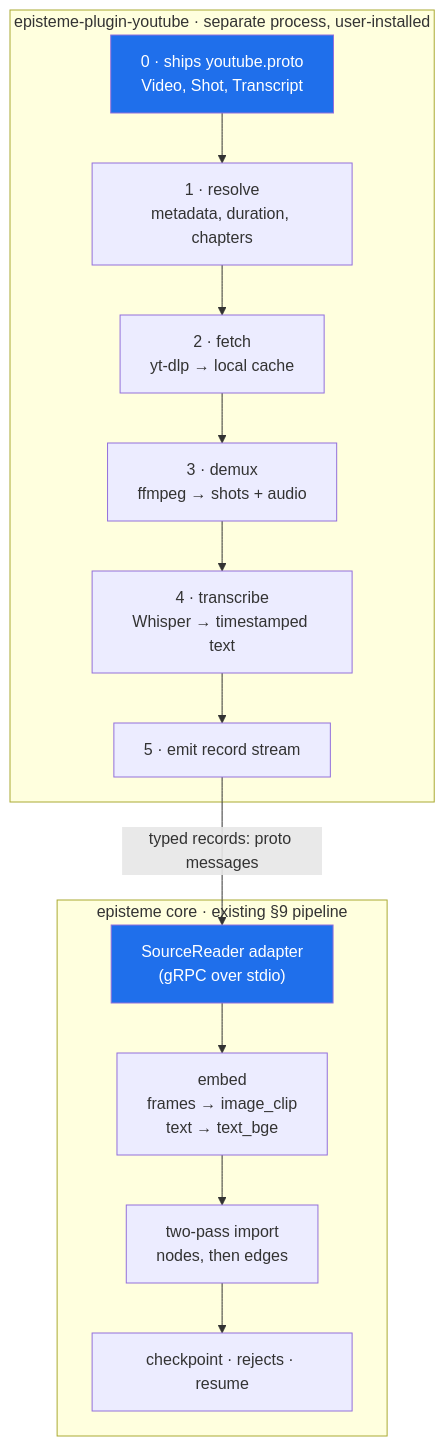
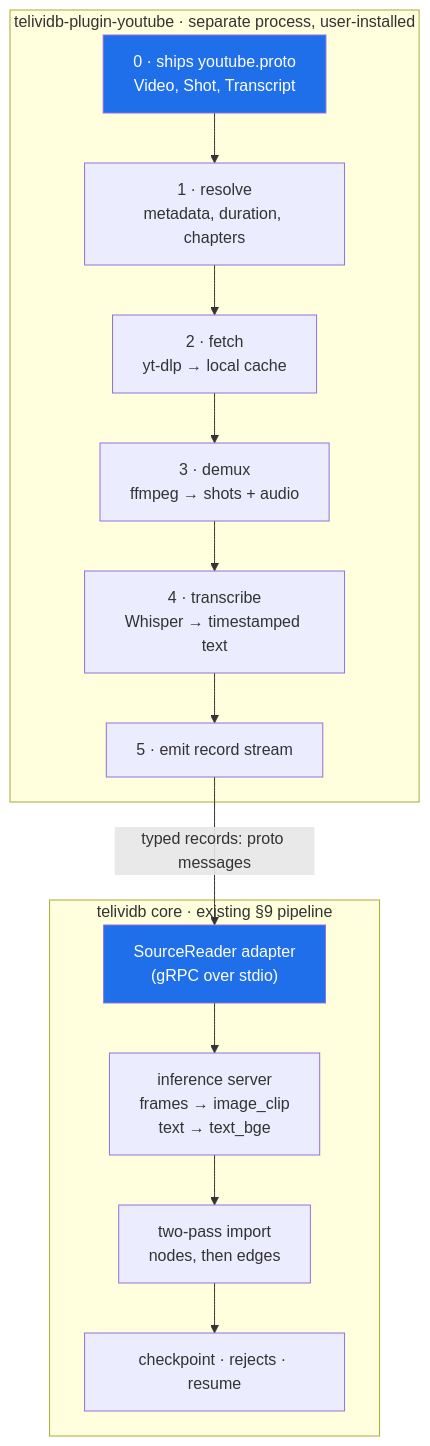
Before and after one commit to the-protobuf-project/telividb: the ninth of 11 diagrams in docs/ARCHITECTURE.md, drawn with Mermaid. The commit also changed other lines of this file and 325 other files, not shown here.

````diff
--- a/docs/ARCHITECTURE.md
+++ b/docs/ARCHITECTURE.md
@@ -919,25 +957,25 @@
 ```mermaid
 flowchart TB
-    subgraph plug["episteme-plugin-youtube · separate process, user-installed"]
+    subgraph plug["telividb-plugin-youtube · separate process, user-installed"]
         P0["0 · ships youtube.proto<br/>Video, Shot, Transcript"]
         P1["1 · resolve<br/>metadata, duration, chapters"]
         P2["2 · fetch<br/>yt-dlp → local cache"]
         P3["3 · demux<br/>ffmpeg → shots + audio"]
         P4["4 · transcribe<br/>Whisper → timestamped text"]
         P5["5 · emit record stream"]
         P0 --> P1 --> P2 --> P3 --> P4 --> P5
     end
 
-    subgraph core["episteme core · existing §9 pipeline"]
+    subgraph core["telividb core · existing §9 pipeline"]
         C1["SourceReader adapter<br/>(gRPC over stdio)"]
-        C2["embed<br/>frames → image_clip<br/>text → text_bge"]
+        C2["inference server<br/>frames → image_clip<br/>text → text_bge"]
         C3["two-pass import<br/>nodes, then edges"]
         C4["checkpoint · rejects · resume"]
         C1 --> C2 --> C3 --> C4
     end
 
     P5 -->|"typed records: proto messages"| C1
 
     style C1 fill:#1f6feb,color:#fff
     style P0 fill:#1f6feb,color:#fff
 ```
````
